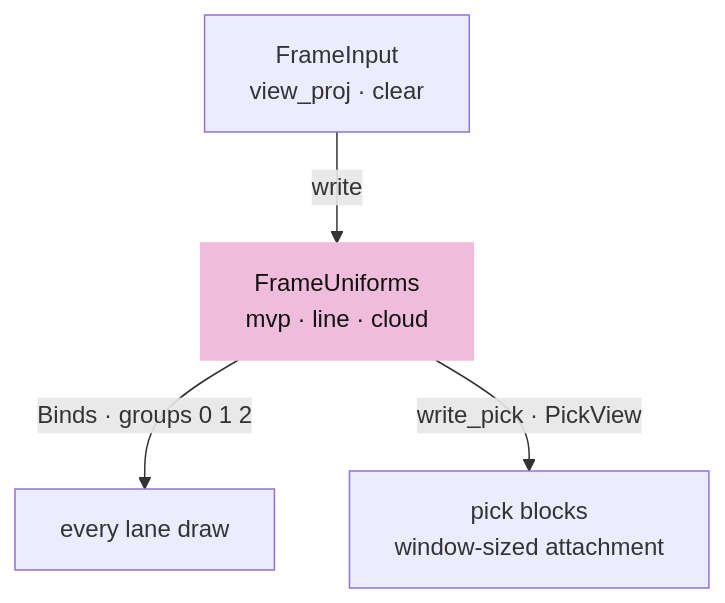
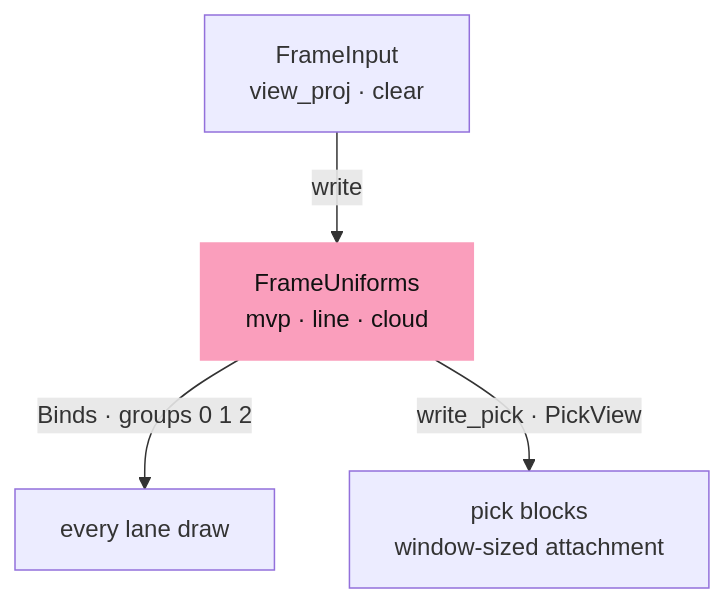
One commit to petrasvestartas/session changed the sixth of 11 diagrams in session_viewer/docs/04a-meshes.md. Above: the diagram before and after it, drawn with Mermaid. The commit also changed other lines of this file and 328 other files, not shown here.

First line of the commit message:
Course: the palette you sent, and mermaid drawn like the drawings

````diff
--- a/session_viewer/docs/04a-meshes.md
+++ b/session_viewer/docs/04a-meshes.md
@@ -218,7 +218,7 @@
 ```mermaid
 flowchart TB
     FI["FrameInput<br/>view_proj · clear"] -- "write" --> FU["FrameUniforms<br/>mvp · line · cloud"]
     FU -- "Binds · groups 0 1 2" --> D["every lane draw"]
     FU -- "write_pick · PickView" --> PK["pick blocks<br/>window-sized attachment"]
-    style FU fill:#f0bcdb,stroke:#f0bcdb,color:#111
+    style FU fill:#fa9ebc,stroke:#fa9ebc,color:#111
 ```
````
